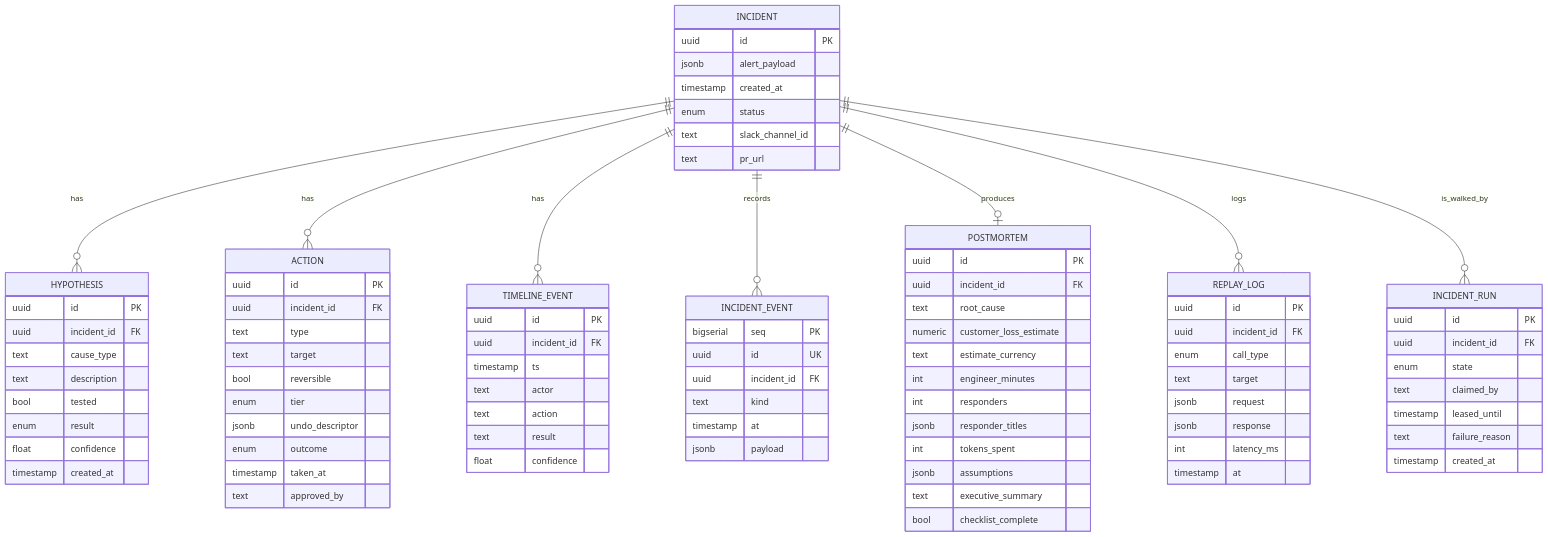
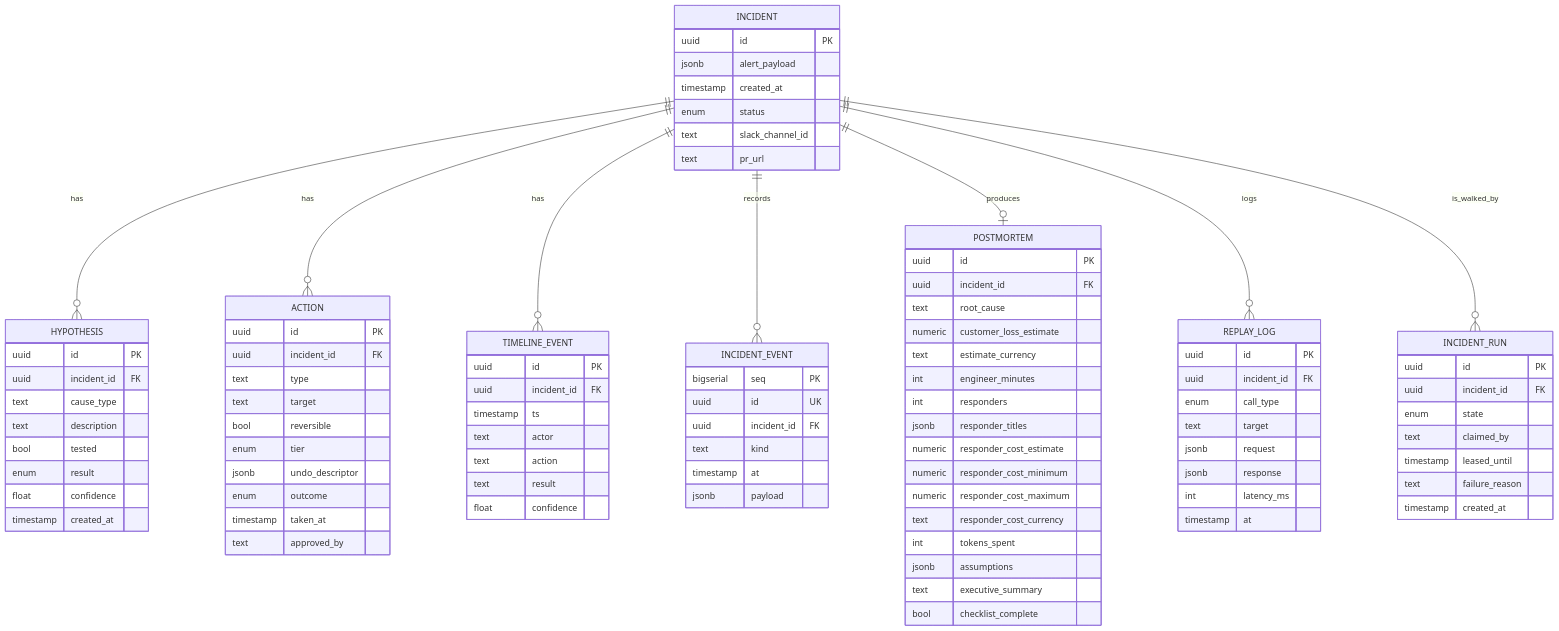
The fourth of 5 diagrams in docs/spec-and-architecture.md (ohadraz/Argus), drawn with Mermaid before and after one commit. The commit also changed other lines of this file and 38 other files, not shown here.

```diff
--- a/docs/spec-and-architecture.md
+++ b/docs/spec-and-architecture.md
@@ -358,6 +358,10 @@
         int engineer_minutes
         int responders
         jsonb responder_titles
+        numeric responder_cost_estimate
+        numeric responder_cost_minimum
+        numeric responder_cost_maximum
+        text responder_cost_currency
         int tokens_spent
         jsonb assumptions
         text executive_summary
```
